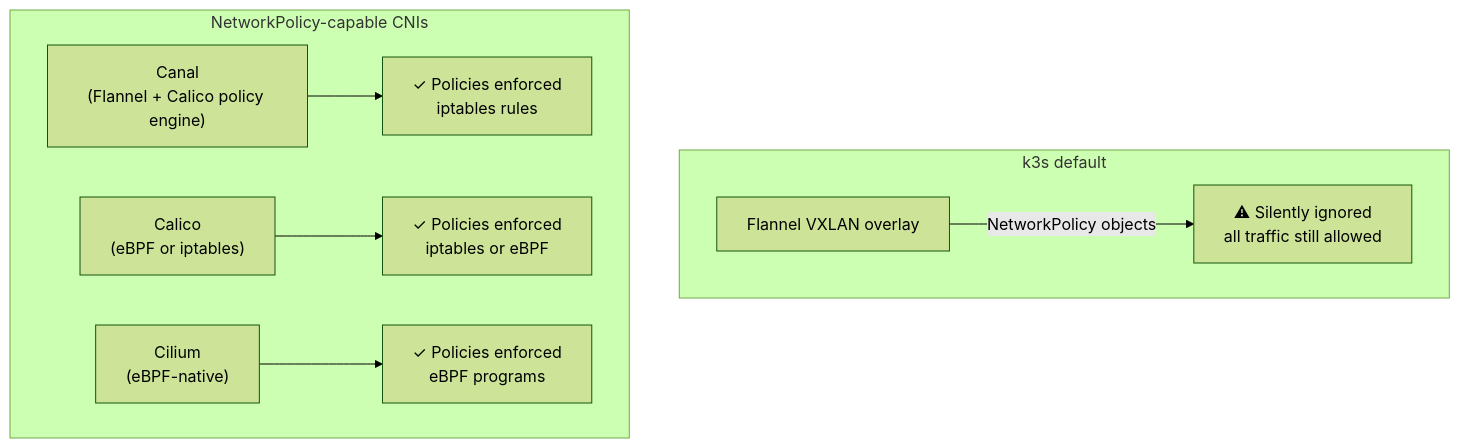
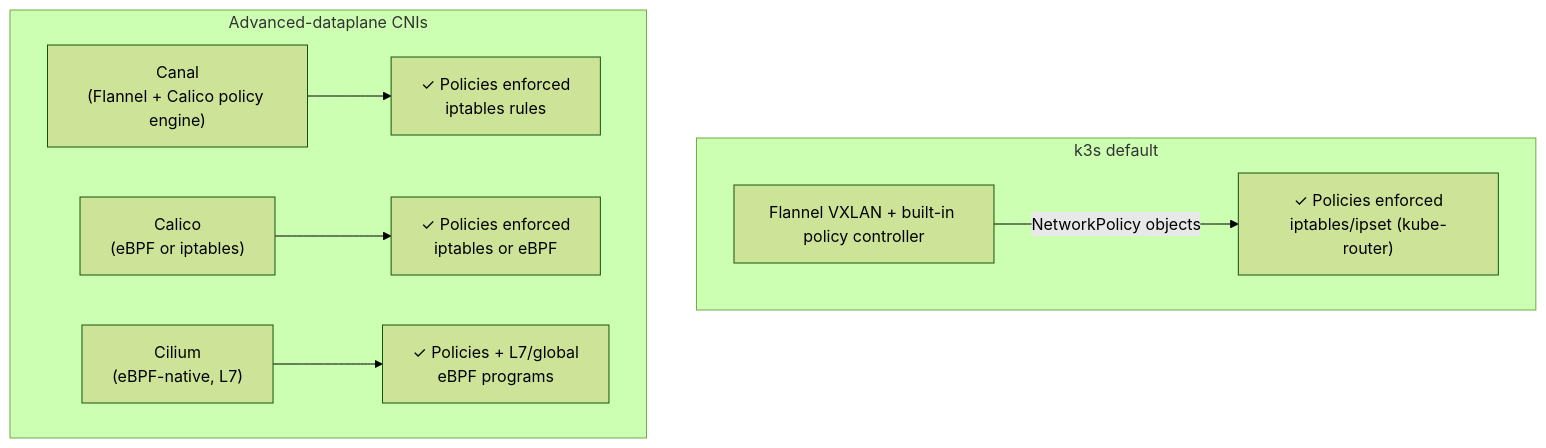
Before and after one commit to UncleJS/course_k3s: the fifth of 7 diagrams in 09_security/02_network_policies.md, drawn with Mermaid (forest theme). The commit also changed other lines of this file and 74 other files, not shown here.

````diff
--- a/09_security/02_network_policies.md
+++ b/09_security/02_network_policies.md
@@ -627,16 +632,16 @@
 ```mermaid
 flowchart TD
     subgraph "k3s default"
-        FL["Flannel VXLAN overlay"]
-        FL -->|"NetworkPolicy objects"| IGNORED["⚠ Silently ignored<br/>all traffic still allowed"]
+        FL["Flannel VXLAN + built-in policy controller"]
+        FL -->|"NetworkPolicy objects"| ENFORCED0["✓ Policies enforced<br/>iptables/ipset (kube-router)"]
     end
 
-    subgraph "NetworkPolicy-capable CNIs"
+    subgraph "Advanced-dataplane CNIs"
         CA["Canal<br/>(Flannel + Calico policy engine)"]
         CALC["Calico<br/>(eBPF or iptables)"]
-        CIL["Cilium<br/>(eBPF-native)"]
+        CIL["Cilium<br/>(eBPF-native, L7)"]
         CA --> ENFORCED1["✓ Policies enforced<br/>iptables rules"]
         CALC --> ENFORCED2["✓ Policies enforced<br/>iptables or eBPF"]
-        CIL --> ENFORCED3["✓ Policies enforced<br/>eBPF programs"]
+        CIL --> ENFORCED3["✓ Policies + L7/global<br/>eBPF programs"]
     end
 ```
````
